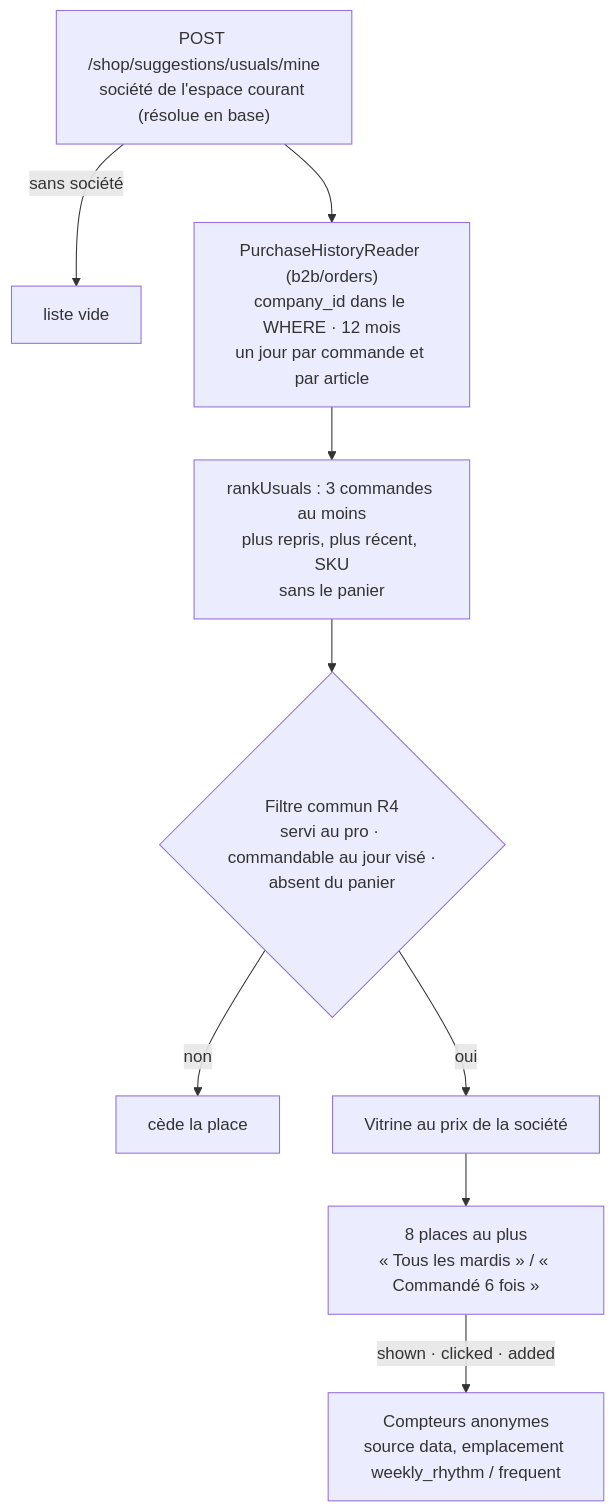
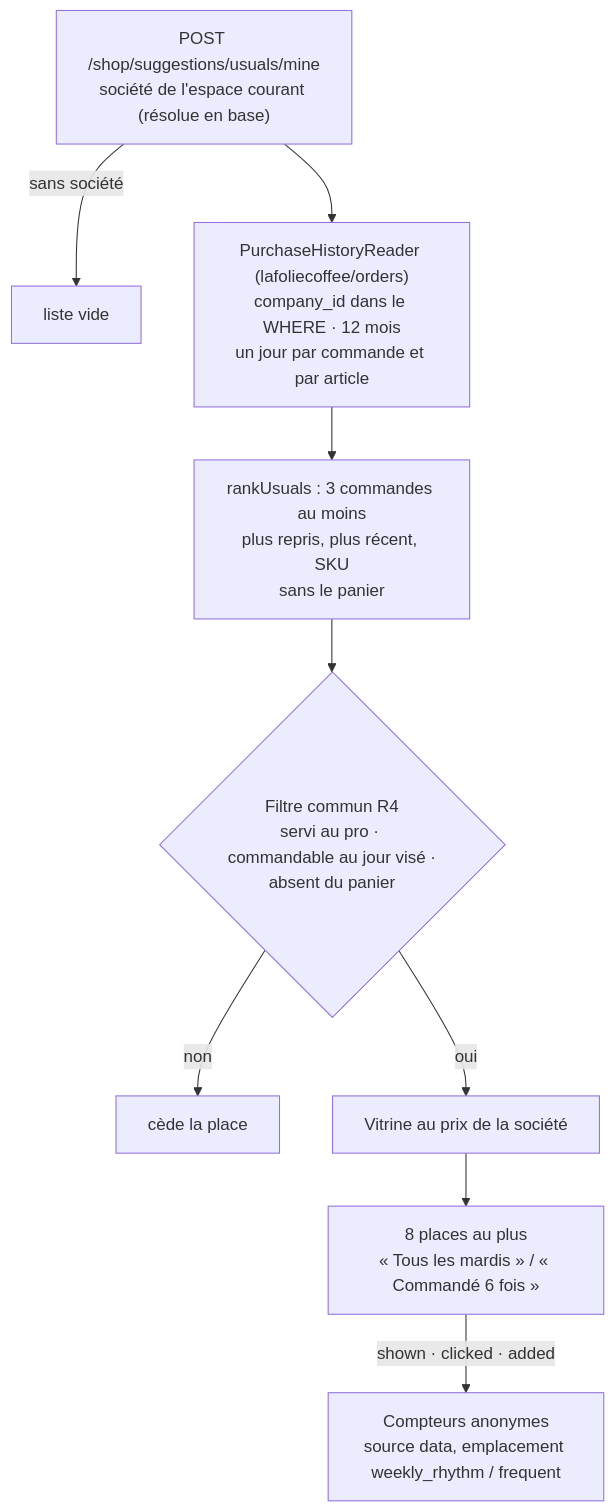
Before and after one commit to hugoheynard/lfd: the second of 2 diagrams in documentation/recommandation-produit/suggestions-calculees.md, drawn with Mermaid. The commit also changed other lines of this file and 6369 other files, not shown here.

````diff
--- a/documentation/recommandation-produit/suggestions-calculees.md
+++ b/documentation/recommandation-produit/suggestions-calculees.md
@@ -196,11 +196,11 @@
 ```mermaid
 flowchart TD
     R["POST /shop/suggestions/usuals/mine<br/>société de l'espace courant (résolue en base)"] -->|"sans société"| V0["liste vide"]
-    R --> H["PurchaseHistoryReader (b2b/orders)<br/>company_id dans le WHERE · 12 mois<br/>un jour par commande et par article"]
+    R --> H["PurchaseHistoryReader (lafoliecoffee/orders)<br/>company_id dans le WHERE · 12 mois<br/>un jour par commande et par article"]
     H --> K["rankUsuals : 3 commandes au moins<br/>plus repris, plus récent, SKU<br/>sans le panier"]
     K --> F{"Filtre commun R4<br/>servi au pro · commandable au jour visé ·<br/>absent du panier"}
     F -->|non| X["cède la place"]
     F -->|oui| S["Vitrine au prix de la société"]
     S --> P["8 places au plus<br/>« Tous les mardis » / « Commandé 6 fois »"]
     P -->|"shown · clicked · added"| C["Compteurs anonymes<br/>source data, emplacement weekly_rhythm / frequent"]
 ```
````
